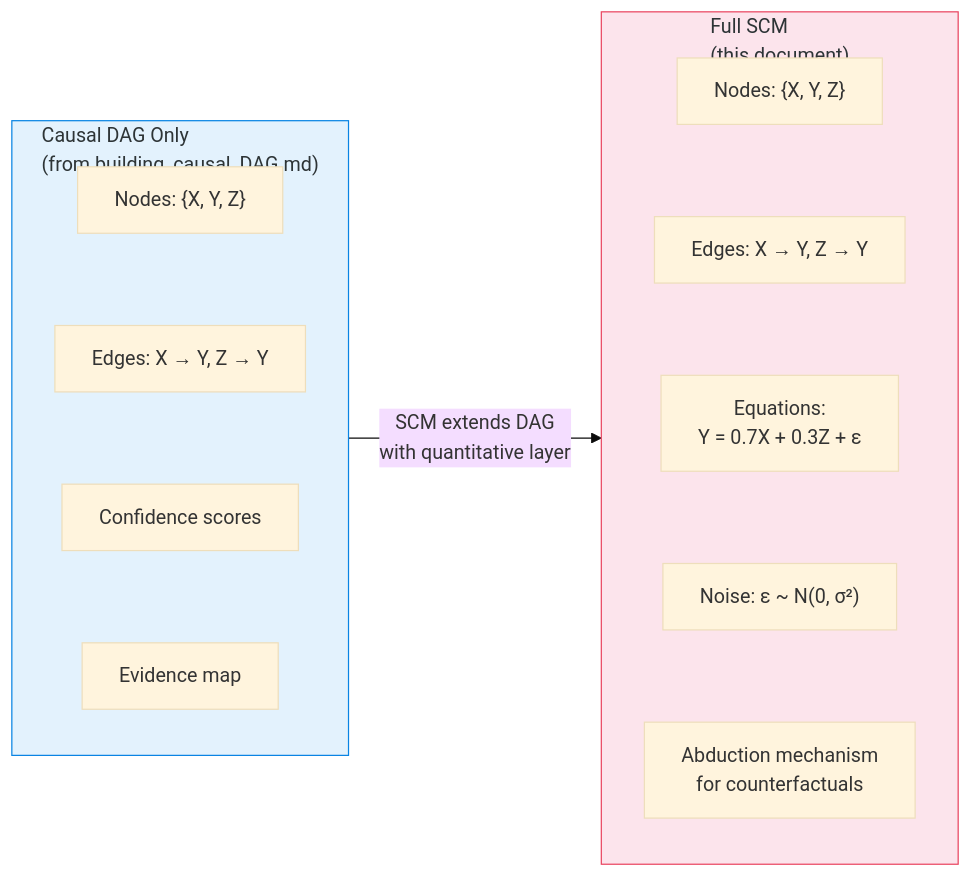
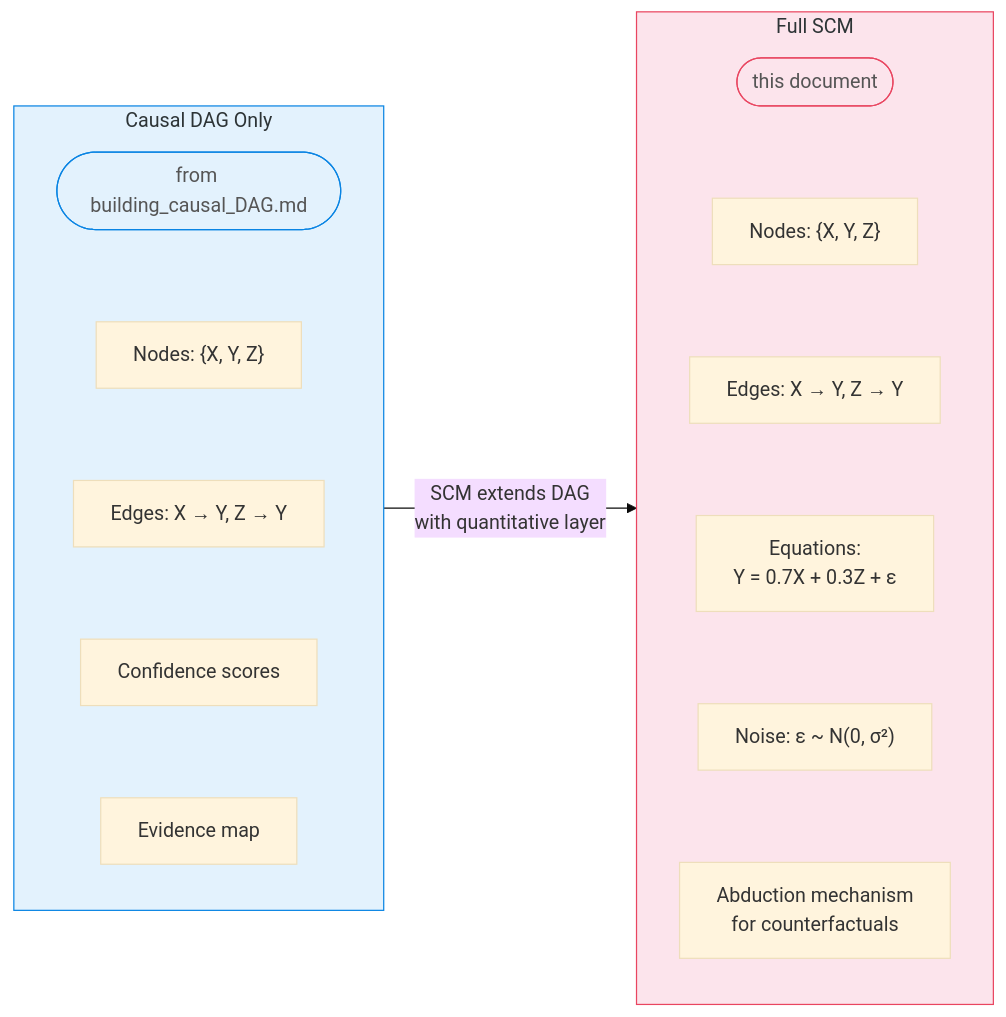
One commit to dimitarpg13/agentic_architectures_and_design_patterns changed the first of 16 diagrams in notebooks/causal_inference/building_SCM.md. Above: the diagram before and after it, drawn with Mermaid (base theme). The commit also changed other lines of this file, not shown here.

Commit message:
update SCM

````diff
--- a/notebooks/causal_inference/building_SCM.md
+++ b/notebooks/causal_inference/building_SCM.md
@@ -40,26 +40,30 @@
 ```mermaid
 flowchart LR
-    subgraph DAG_Only["Causal DAG Only<br/>(from building_causal_DAG.md)<br/>&nbsp;"]
+    subgraph DAG_Only["Causal DAG Only"]
         direction TB
+        D0(["from building_causal_DAG.md"])
         D1["Nodes: {X, Y, Z}"]
         D2["Edges: X → Y, Z → Y"]
         D3["Confidence scores"]
         D4["Evidence map"]
-        D1 ~~~ D2 ~~~ D3 ~~~ D4
+        D0 ~~~ D1 ~~~ D2 ~~~ D3 ~~~ D4
     end
 
-    subgraph Full_SCM["Full SCM<br/>(this document)<br/>&nbsp;"]
+    subgraph Full_SCM["Full SCM"]
         direction TB
+        S0(["this document"])
         S1["Nodes: {X, Y, Z}"]
         S2["Edges: X → Y, Z → Y"]
         S3["Equations:<br/>Y = 0.7X + 0.3Z + ε"]
         S4["Noise: ε ~ N(0, σ²)"]
         S5["Abduction mechanism<br/>for counterfactuals"]
-        S1 ~~~ S2 ~~~ S3 ~~~ S4 ~~~ S5
+        S0 ~~~ S1 ~~~ S2 ~~~ S3 ~~~ S4 ~~~ S5
     end
 
     DAG_Only -->|"SCM extends DAG<br/>with quantitative layer"| Full_SCM
 
+    style D0 fill:#e3f2fd,stroke:#0984e3,color:#555
+    style S0 fill:#fce4ec,stroke:#e94560,color:#555
     style DAG_Only fill:#e3f2fd,stroke:#0984e3,color:#2d3436
     style Full_SCM fill:#fce4ec,stroke:#e94560,color:#2d3436
 ```
````
